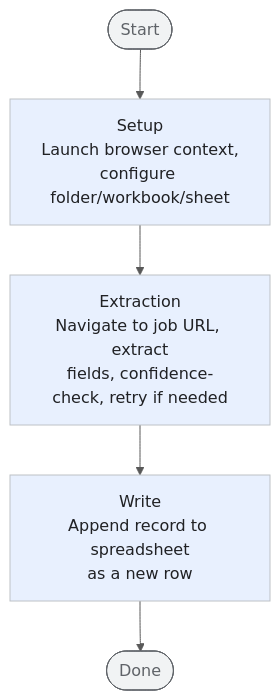
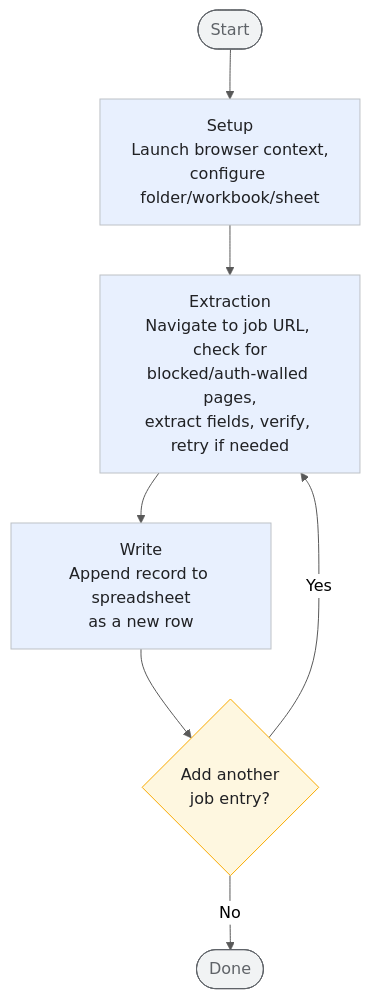
Before and after one commit to cyprste2717218/job_advert_recorder_agent: the diagram in README.md, drawn with Mermaid (neutral theme). The commit also changed other lines of this file, not shown here.

````diff
--- a/README.md
+++ b/README.md
@@ -49,15 +54,19 @@
 ```mermaid
 flowchart TD
     Start([Start]) --> Setup["Setup<br/>Launch browser context,<br/>configure folder/workbook/sheet"]
-    Setup --> Extract["Extraction<br/>Navigate to job URL, extract<br/>fields, confidence-check, retry if needed"]
+    Setup --> Extract["Extraction<br/>Navigate to job URL, check for<br/>blocked/auth-walled pages,<br/>extract fields, verify, retry if needed"]
     Extract --> Write["Write<br/>Append record to spreadsheet<br/>as a new row"]
-    Write --> End([Done])
+    Write --> Again{"Add another<br/>job entry?"}
+    Again -- "Yes" --> Extract
+    Again -- "No" --> End([Done])
 
     classDef terminal fill:#f1f3f4,stroke:#5f6368,stroke-width:1px,color:#5f6368
     classDef process fill:#e8f0fe,stroke:#bdc1c6,stroke-width:1px,color:#202124
+    classDef decision fill:#fef7e0,stroke:#f9ab00,stroke-width:1px,color:#202124
 
     class Start,End terminal
     class Setup,Extract,Write process
+    class Again decision
 
     linkStyle default stroke:#595959,stroke-width:1px
 ```
````
